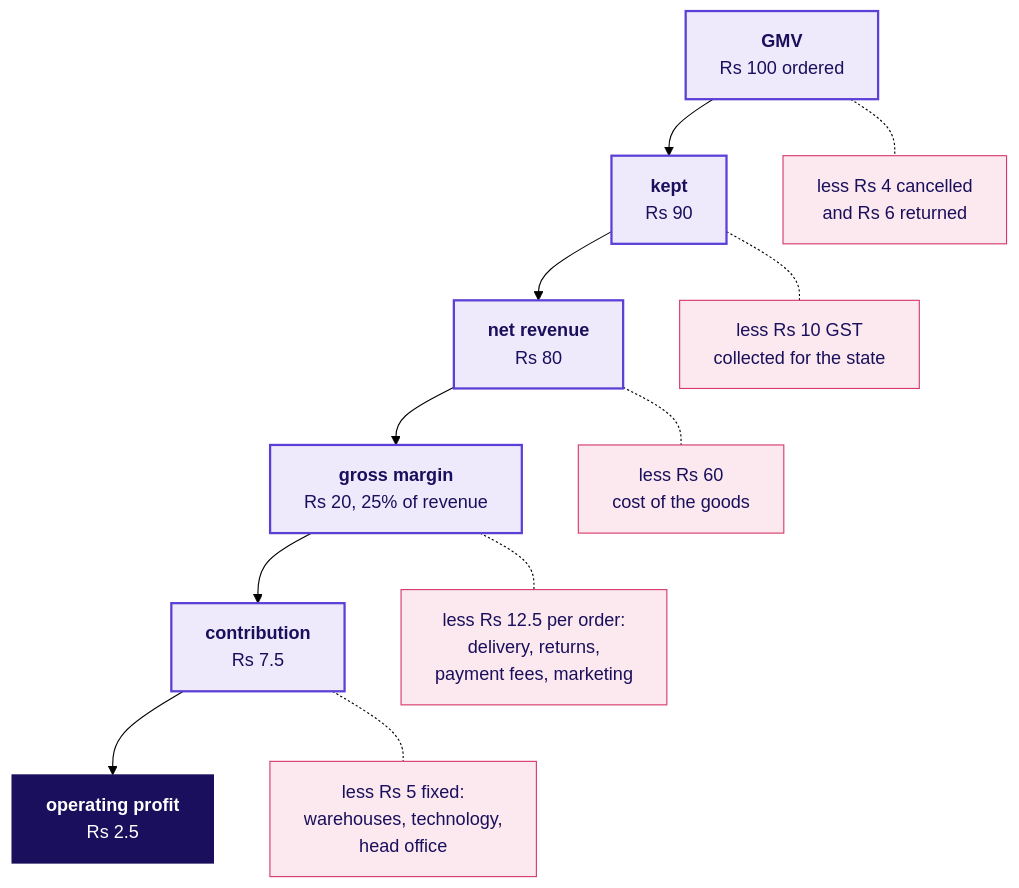
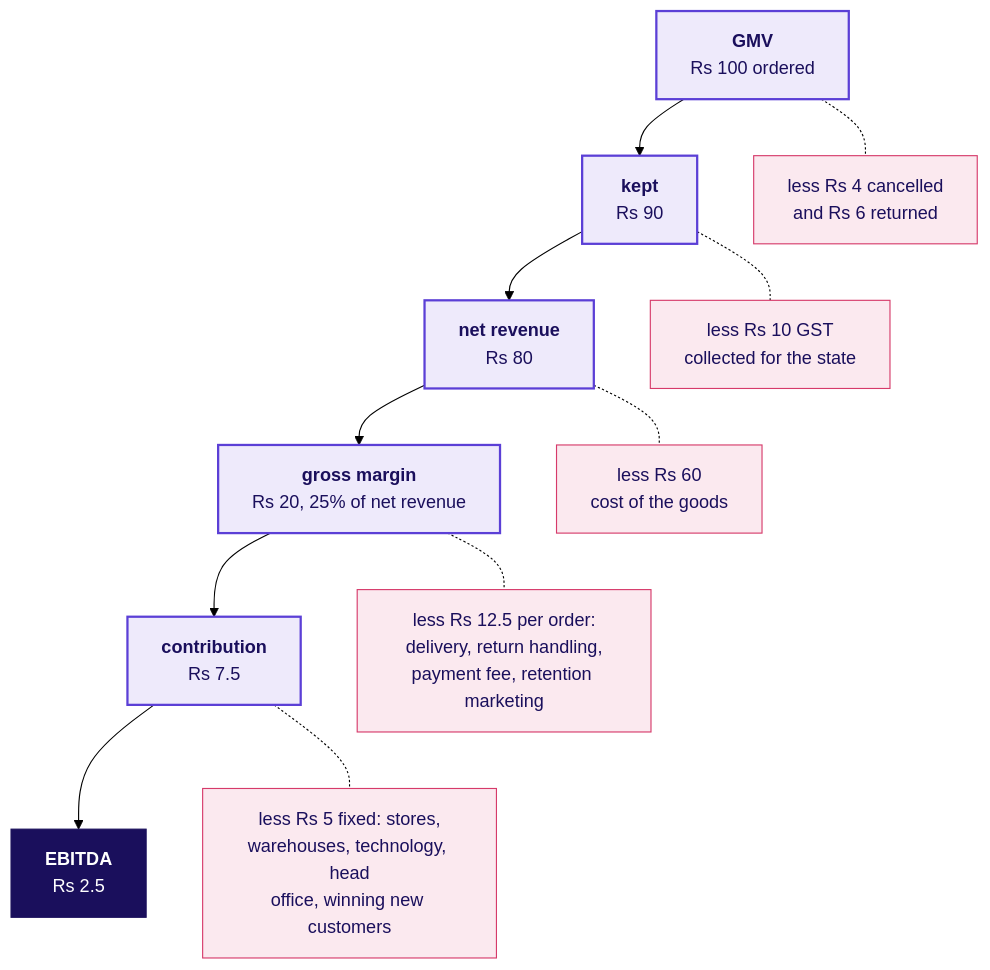
Before and after one commit to fde-academy-lab/c2-content-factory: the third of 6 diagrams in content/W01/D1/study-notes/C2_W01_D01_domain_retail_STUDENT.md, drawn with Mermaid (forest theme). The commit also changed other lines of this file, not shown here.

First line of the commit message:
W01 domain dossier: EBITDA named, marketing counted once, like-for-like and the price cut exact

````diff
--- a/content/W01/D1/study-notes/C2_W01_D01_domain_retail_STUDENT.md
+++ b/content/W01/D1/study-notes/C2_W01_D01_domain_retail_STUDENT.md
@@ -105,19 +105,19 @@
 ```mermaid
 flowchart TB
     G["<b>GMV</b><br/>Rs 100 ordered"] --> K["<b>kept</b><br/>Rs 90"]
     G -.- X1["less Rs 4 cancelled<br/>and Rs 6 returned"]
     K --> N["<b>net revenue</b><br/>Rs 80"]
     K -.- X2["less Rs 10 GST<br/>collected for the state"]
-    N --> M["<b>gross margin</b><br/>Rs 20, 25% of revenue"]
+    N --> M["<b>gross margin</b><br/>Rs 20, 25% of net revenue"]
     N -.- X3["less Rs 60<br/>cost of the goods"]
     M --> C["<b>contribution</b><br/>Rs 7.5"]
-    M -.- X4["less Rs 12.5 per order:<br/>delivery, returns,<br/>payment fees, marketing"]
-    C --> O["<b>operating profit</b><br/>Rs 2.5"]
-    C -.- X5["less Rs 5 fixed:<br/>warehouses, technology,<br/>head office"]
+    M -.- X4["less Rs 12.5 per order:<br/>delivery, return handling,<br/>payment fee, retention marketing"]
+    C --> O["<b>EBITDA</b><br/>Rs 2.5"]
+    C -.- X5["less Rs 5 fixed: stores,<br/>warehouses, technology, head<br/>office, winning new customers"]
     classDef known fill:#EEEAFB,stroke:#5B3FD6,color:#1A0F5C,stroke-width:2px
     classDef bad fill:#FBE9EF,stroke:#D63A6A,color:#1A0F5C
     classDef dark fill:#1A0F5C,stroke:#1A0F5C,color:#FFFFFF
     class G,K,N,M,C known
     class X1,X2,X3,X4,X5 bad
     class O dark
 ```
````
